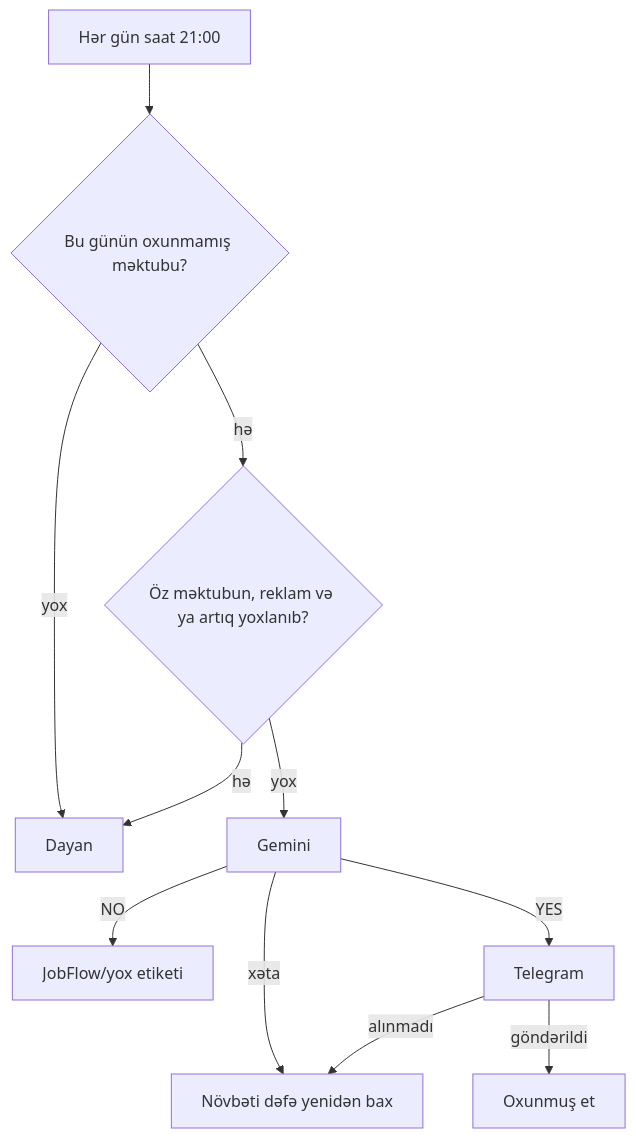
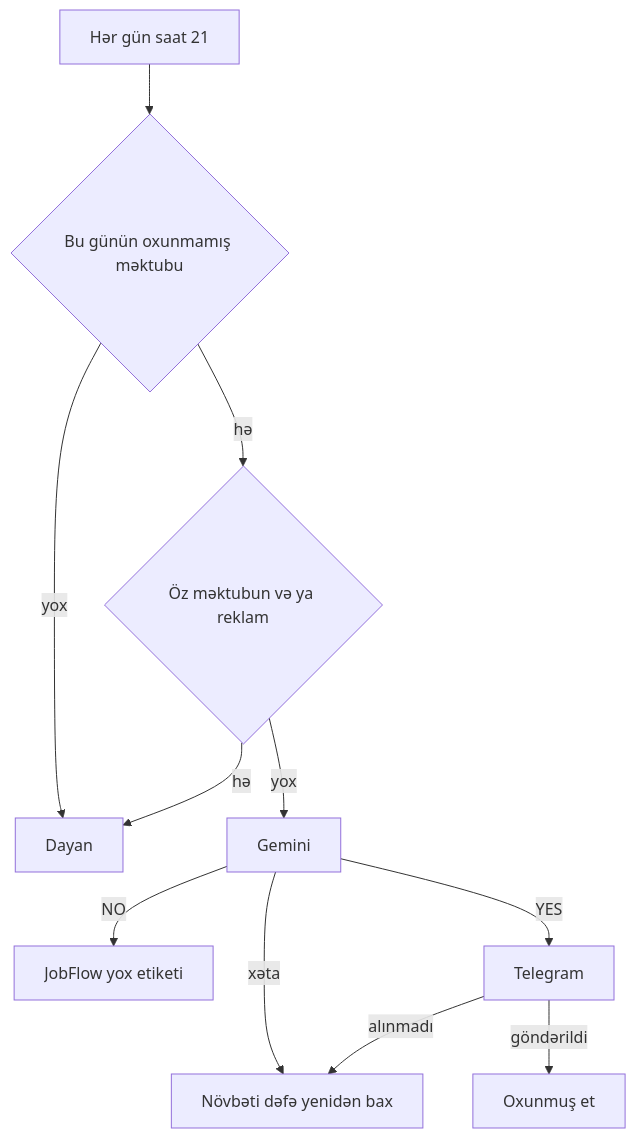
The sixth of 6 diagrams in README.md (1mranhajiyev/job-auto-flow), drawn with Mermaid before and after one commit. The commit also changed other lines of this file, not shown here.

First line of the commit message:
Fix the README diagrams so GitHub can render them.

````diff
--- a/README.md
+++ b/README.md
@@ -170,13 +170,13 @@
 ```mermaid
 flowchart TD
-  A[Hər gün saat 21:00] --> B{Bu günün oxunmamış məktubu?}
+  A[Hər gün saat 21] --> B{Bu günün oxunmamış məktubu}
   B -->|yox| Z[Dayan]
-  B -->|hə| C{Öz məktubun, reklam və ya artıq yoxlanıb?}
+  B -->|hə| C{Öz məktubun və ya reklam}
   C -->|hə| Z
   C -->|yox| D[Gemini]
   D -->|xəta| E[Növbəti dəfə yenidən bax]
-  D -->|NO| F[JobFlow/yox etiketi]
+  D -->|NO| F[JobFlow yox etiketi]
   D -->|YES| G[Telegram]
   G -->|göndərildi| H[Oxunmuş et]
   G -->|alınmadı| E
 ```
````
